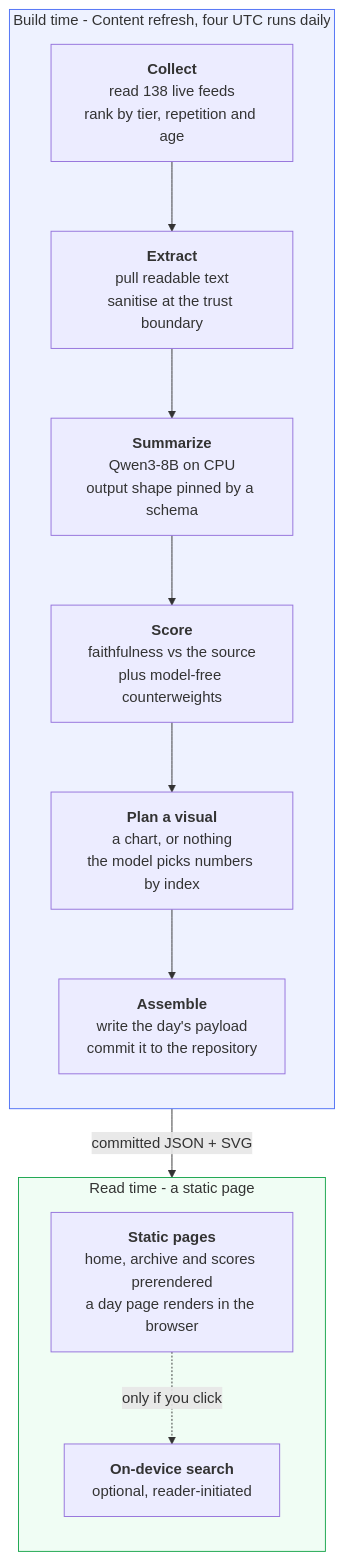
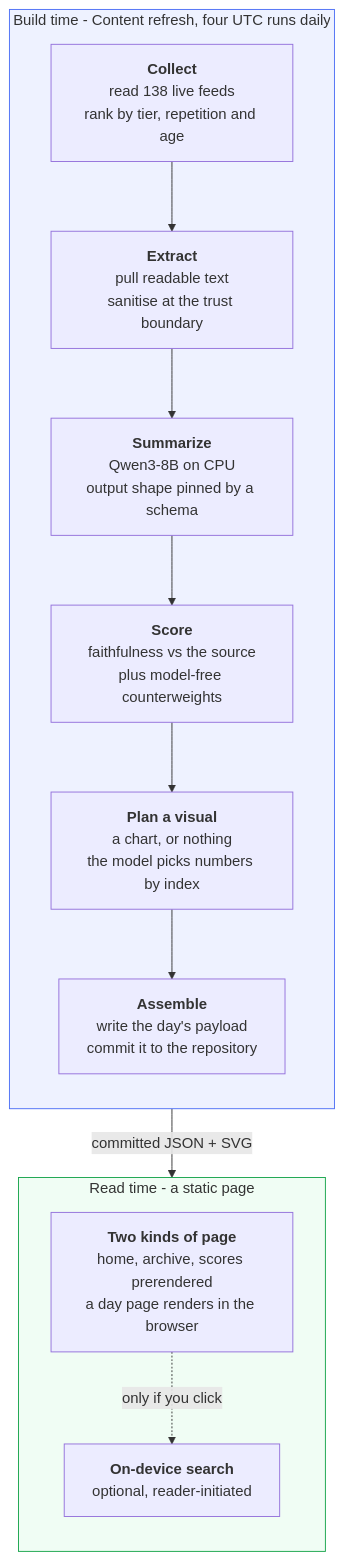
One commit to miztiik/yen-idhazh changed the diagram in README.md. Above: the diagram before and after it, drawn with Mermaid. The commit also changed 1 other file, not shown here.

Commit message:
docs: stop the prerender arrow feeding the day page (Jony)
Jony read the two corrected diagrams and refused one of them. In
overview.md the committed files fed "prerender at build time", which fed
"static pages" - so the picture still said a day page falls out of the
prerender step while the node under it said it renders in the browser. A
diagram that argues with itself is worse than one that is plainly wrong,
because a reader cannot tell which half governs.

The repository now feeds both kinds of page directly: the six prerendered
routes at build time, and a day page at read time. The B --> S edge is gone.

In README.md the node header was "Static pages", which repeats the adjective
the subgraph label above it already spent. It is now "Two kinds of page", which
poses the question its two lines answer, and the first line drops a word so the
node stops being the widest box in the flowchart for no reason.

````diff
--- a/README.md
+++ b/README.md
@@ -37,25 +37,25 @@
 ```mermaid
 flowchart TD
     subgraph build["Build time - Content refresh, four UTC runs daily"]
         direction TB
         A["<b>Collect</b><br/>read 138 live feeds<br/>rank by tier, repetition and age"]
         B["<b>Extract</b><br/>pull readable text<br/>sanitise at the trust boundary"]
         C["<b>Summarize</b><br/>Qwen3-8B on CPU<br/>output shape pinned by a schema"]
         D["<b>Score</b><br/>faithfulness vs the source<br/>plus model-free counterweights"]
         E["<b>Plan a visual</b><br/>a chart, or nothing<br/>the model picks numbers by index"]
         F["<b>Assemble</b><br/>write the day's payload<br/>commit it to the repository"]
         A --> B --> C --> D --> E --> F
     end
 
     F -->|"committed JSON + SVG"| G
 
     subgraph read["Read time - a static page"]
         direction TB
-        G["<b>Static pages</b><br/>home, archive and scores prerendered<br/>a day page renders in the browser"]
+        G["<b>Two kinds of page</b><br/>home, archive, scores prerendered<br/>a day page renders in the browser"]
         H["<b>On-device search</b><br/>optional, reader-initiated"]
         G -.->|"only if you click"| H
     end
 
     style build fill:#eef2ff,stroke:#4c6ef5
     style read fill:#f0fdf4,stroke:#16a34a
 ```
````
